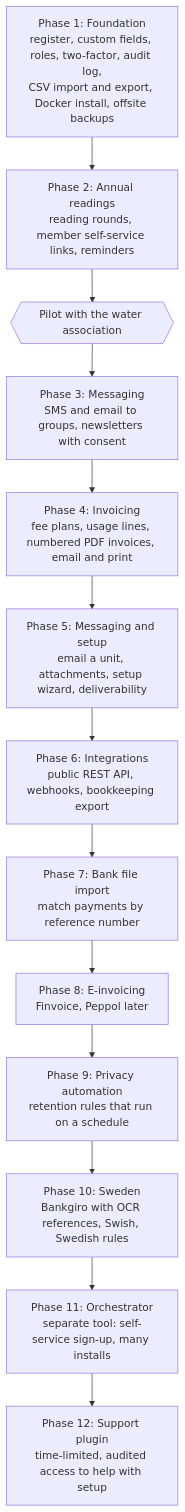
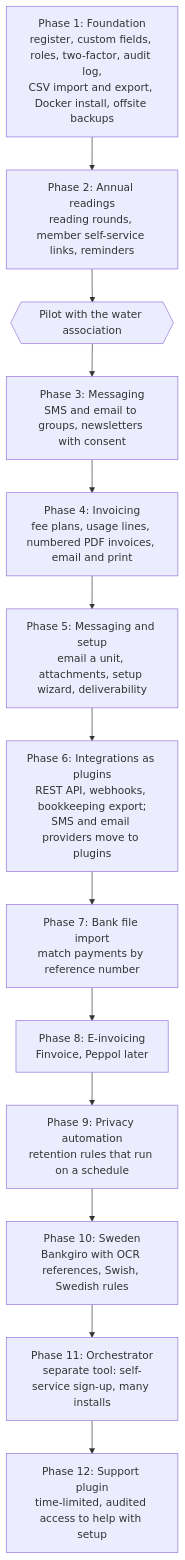
Before and after one commit to savv3/Metra: the second of 2 diagrams in docs/architecture.md, drawn with Mermaid. The commit also changed other lines of this file, not shown here.

First line of the commit message:
Roadmap: phase 6 builds integrations as plugins, deliverability paused

````diff
--- a/docs/architecture.md
+++ b/docs/architecture.md
@@ -155,17 +155,17 @@
 ```mermaid
 flowchart TD
     p1[Phase 1: Foundation<br/>register, custom fields, roles, two-factor, audit log,<br/>CSV import and export, Docker install, offsite backups]
     p2[Phase 2: Annual readings<br/>reading rounds, member self-service links, reminders]
     gate{{Pilot with the water association}}
     p3[Phase 3: Messaging<br/>SMS and email to groups, newsletters with consent]
     p4[Phase 4: Invoicing<br/>fee plans, usage lines, numbered PDF invoices, email and print]
     p5[Phase 5: Messaging and setup<br/>email a unit, attachments, setup wizard, deliverability]
-    p6[Phase 6: Integrations<br/>public REST API, webhooks, bookkeeping export]
+    p6[Phase 6: Integrations as plugins<br/>REST API, webhooks, bookkeeping export;<br/>SMS and email providers move to plugins]
     p7[Phase 7: Bank file import<br/>match payments by reference number]
     p8[Phase 8: E-invoicing<br/>Finvoice, Peppol later]
     p9[Phase 9: Privacy automation<br/>retention rules that run on a schedule]
     p10[Phase 10: Sweden<br/>Bankgiro with OCR references, Swish, Swedish rules]
     p11[Phase 11: Orchestrator<br/>separate tool: self-service sign-up, many installs]
     p12[Phase 12: Support plugin<br/>time-limited, audited access to help with setup]
     p1 --> p2 --> gate --> p3 --> p4 --> p5 --> p6 --> p7 --> p8 --> p9 --> p10 --> p11 --> p12
 ```
````
